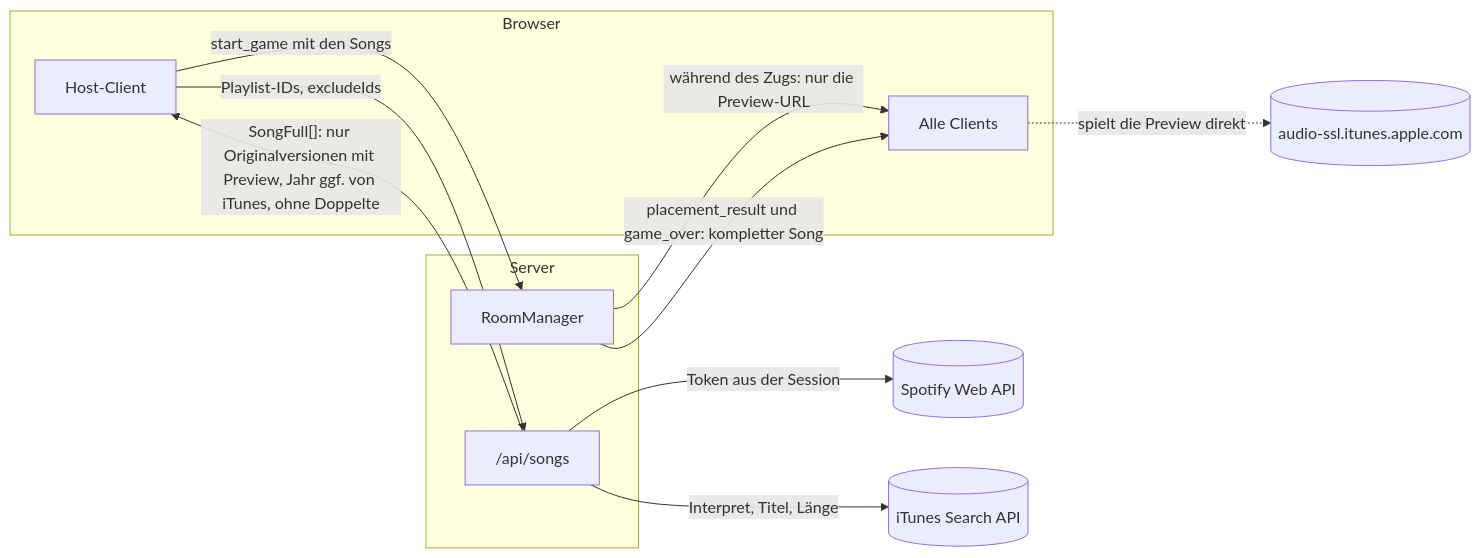
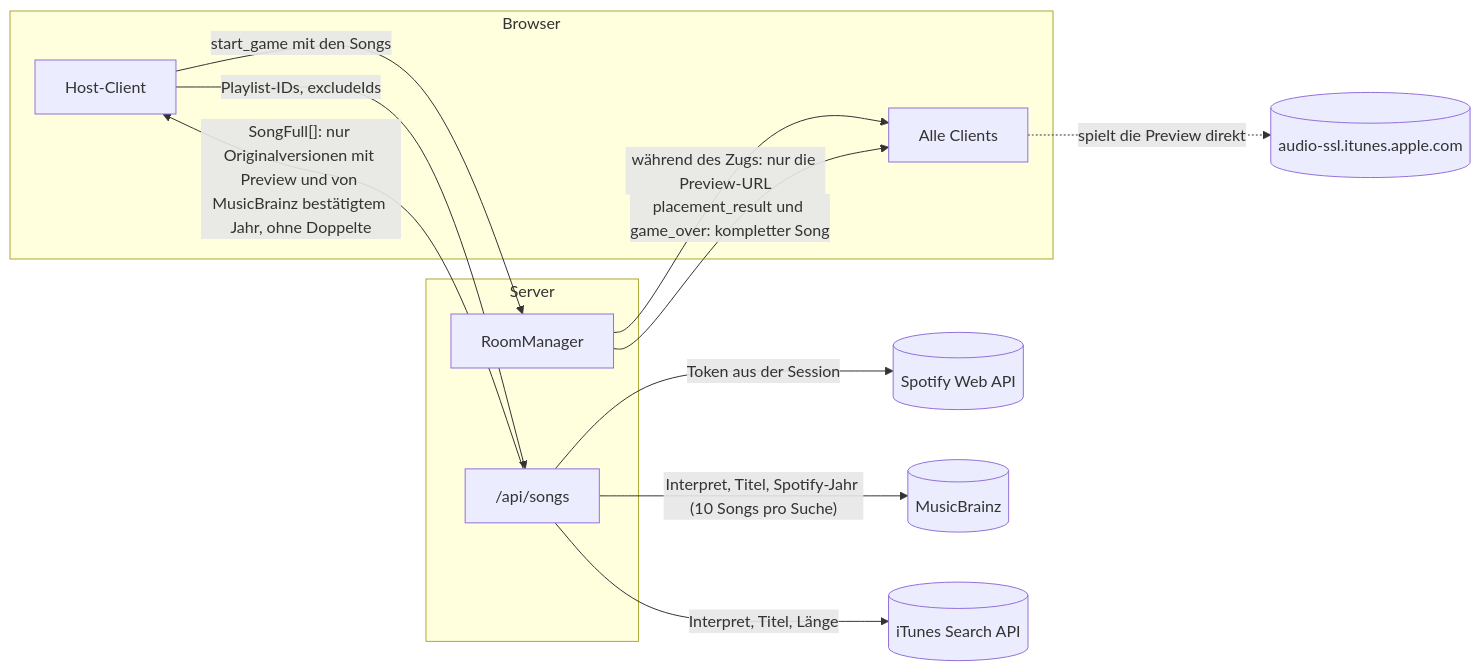
The first of 5 diagrams in docs/architecture.md (Sven-Lyco/Tuneline), drawn with Mermaid before and after one commit. The commit also changed 21 other files, not shown here.

First line of the commit message:
Take song years from MusicBrainz, not from reissue dates

````diff
--- a/docs/architecture.md
+++ b/docs/architecture.md
@@ -15,23 +15,25 @@
 ```mermaid
 flowchart LR
   subgraph Browser
     H[Host-Client]
     C[Alle Clients]
   end
   subgraph Server
     API["/api/songs"]
     RM[RoomManager]
   end
   SP[(Spotify Web API)]
+  MB[(MusicBrainz)]
   IT[(iTunes Search API)]
   CDN[(audio-ssl.itunes.apple.com)]
 
   H -- "Playlist-IDs, excludeIds" --> API
   API -- "Token aus der Session" --> SP
+  API -- "Interpret, Titel, Spotify-Jahr (10 Songs pro Suche)" --> MB
   API -- "Interpret, Titel, Länge" --> IT
-  API -- "SongFull[]: nur Originalversionen mit Preview, Jahr ggf. von iTunes, ohne Doppelte" --> H
+  API -- "SongFull[]: nur Originalversionen mit Preview und von MusicBrainz bestätigtem Jahr, ohne Doppelte" --> H
   H -- "start_game mit den Songs" --> RM
   RM -- "während des Zugs: nur die Preview-URL" --> C
   RM -- "placement_result und game_over: kompletter Song" --> C
   C -. "spielt die Preview direkt" .-> CDN
 ```
````
